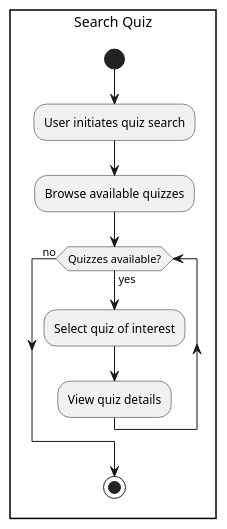
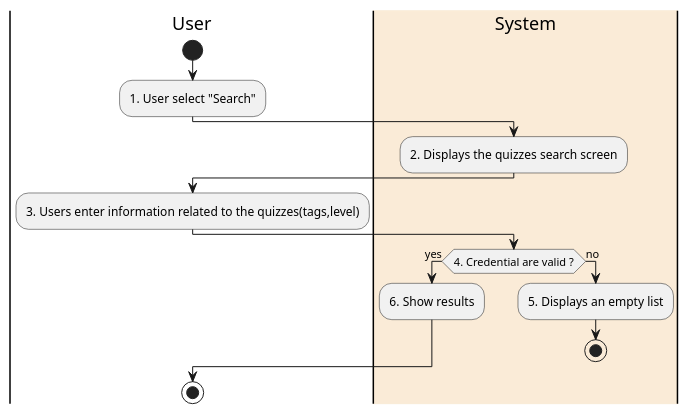
Before and after one commit to LeDuy0806/SE357-Practice-Class: the diagram in Lab1/Lab1.2/Activitydiagram/SearchQuiz/SearchQuiz.plantuml, drawn with PlantUML. The commit also changed 100 other files, not shown here.

```diff
--- a/Lab1/Lab1.2/Activitydiagram/SearchQuiz/SearchQuiz.plantuml
+++ b/Lab1/Lab1.2/Activitydiagram/SearchQuiz/SearchQuiz.plantuml
@@ -1,13 +1,19 @@
-@startuml Search Quiz
-
-rectangle "Search Quiz" {
-    start
-    :User initiates quiz search;
-    :Browse available quizzes;
-    while (Quizzes available?) is (yes)
-    :Select quiz of interest;
-    :View quiz details;
-    endwhile (no)
-    stop
-}
+@startuml
+|User|
+start
+:1. User select "Search";
+|#AntiqueWhite|System|
+:2. Displays the quizzes search screen;
+|User|
+:3. Users enter information related to the quizzes(tags,level);
+|#AntiqueWhite|System|
+if (4. Credential are valid ?) then (yes)
+  :6. Show results;
+else (no)
+|#AntiqueWhite|System|
+  :5. Displays an empty list;
+  stop
+endif
+|User|
+stop
 @enduml
```
